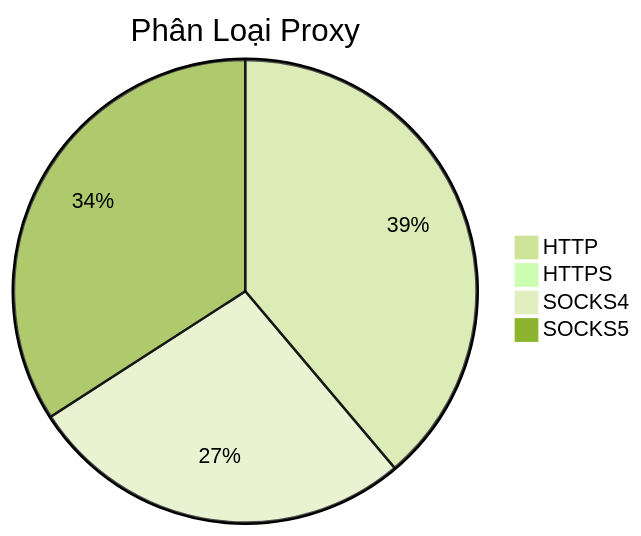
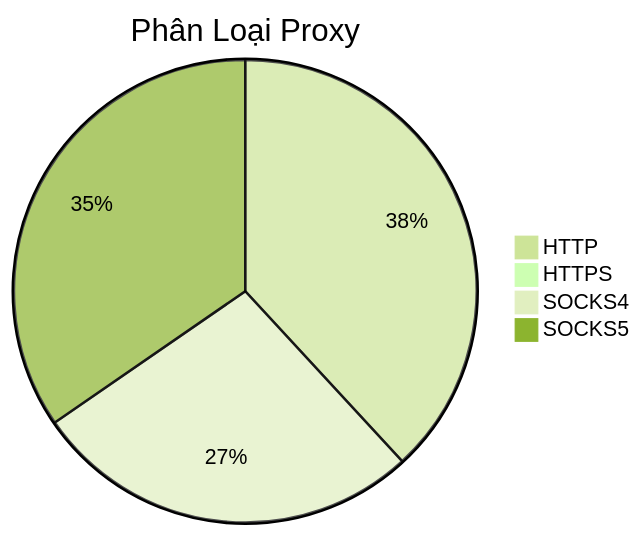
The diagram in README.md (Ciara-12/PROXY-free), drawn with Mermaid (forest theme) before and after one commit. The commit also changed other lines of this file and 4 other files, not shown here.

````diff
--- a/README.md
+++ b/README.md
@@ -26,7 +26,7 @@
 ```mermaid
 pie title Phân Loại Proxy
-    "HTTP" : 445
+    "HTTP" : 421
     "HTTPS" : 1
-    "SOCKS4" : 310
-    "SOCKS5" : 391
+    "SOCKS4" : 301
+    "SOCKS5" : 382
 ```
````
